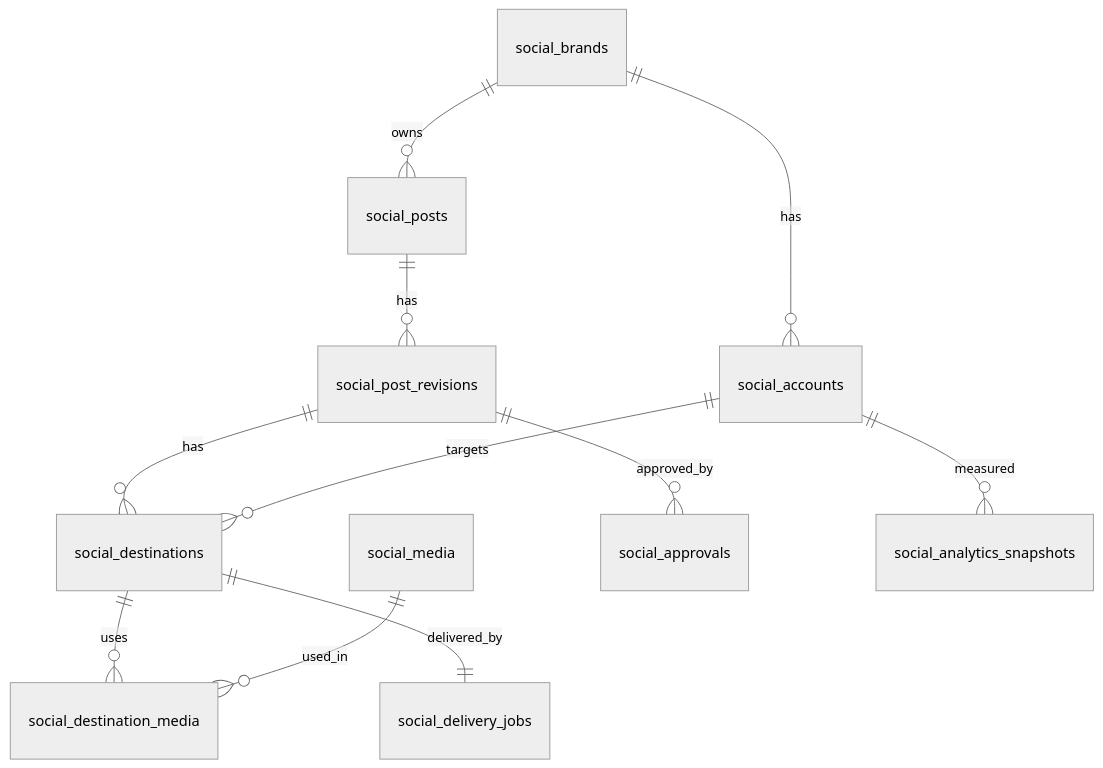
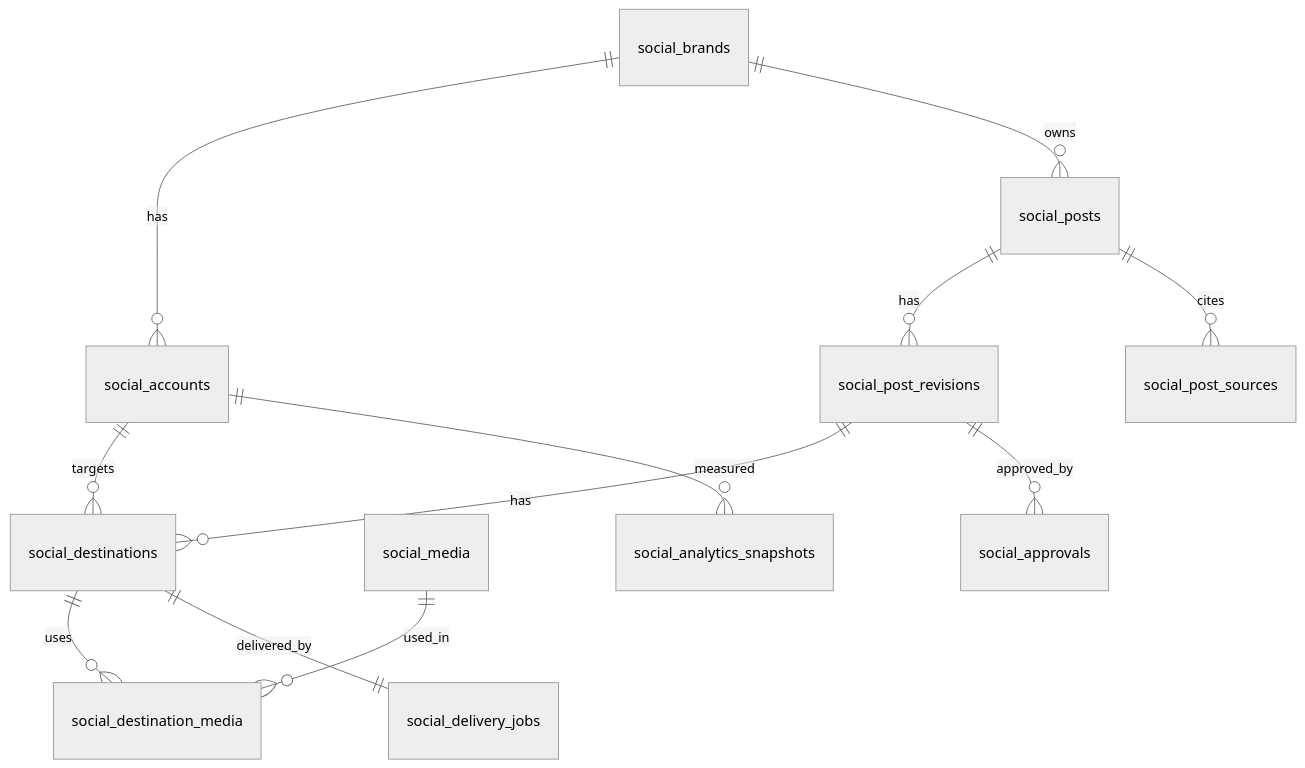
One commit to alediscoveringcoding/Agent_social changed the second of 2 diagrams in README.md. Above: the diagram before and after it, drawn with Mermaid (neutral theme). The commit also changed other lines of this file, not shown here.

First line of the commit message:
README: current status, progress per amendment, n8n and sources in the overview

````diff
--- a/README.md
+++ b/README.md
@@ -348,13 +365,14 @@
 ```mermaid
 erDiagram
   social_brands ||--o{ social_accounts : has
   social_brands ||--o{ social_posts : owns
   social_posts ||--o{ social_post_revisions : has
+  social_posts ||--o{ social_post_sources : cites
   social_post_revisions ||--o{ social_destinations : has
   social_accounts ||--o{ social_destinations : targets
   social_destinations ||--o{ social_destination_media : uses
   social_media ||--o{ social_destination_media : used_in
   social_post_revisions ||--o{ social_approvals : approved_by
   social_destinations ||--|| social_delivery_jobs : delivered_by
   social_accounts ||--o{ social_analytics_snapshots : measured
 ```
````
